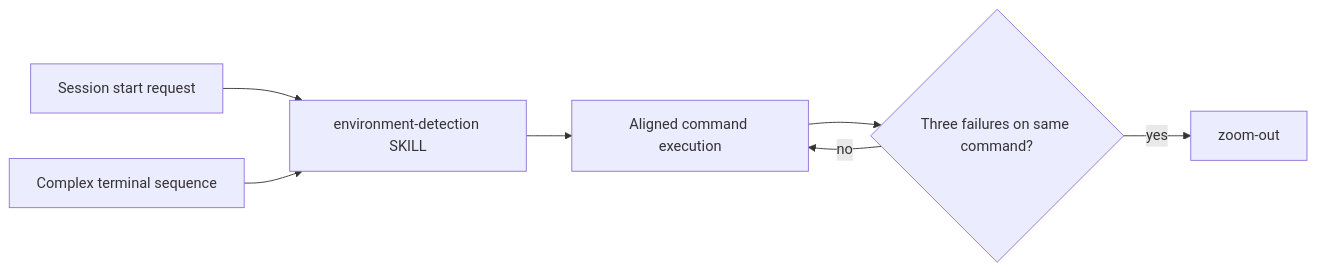
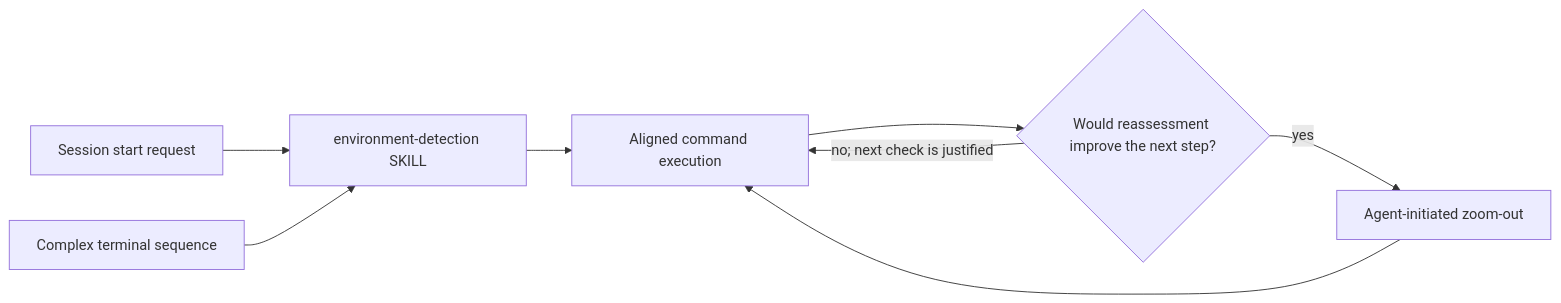
One commit to dyphn1/Harness-everything changed the third of 4 diagrams in docs/workflows/environment-detection.md. Above: the diagram before and after it, drawn with Mermaid. The commit also changed other lines of this file and 17 other files, not shown here.

First line of the commit message:
docs(zoom-out): describe agent-initiated zoom-out in active docs

````diff
--- a/docs/workflows/environment-detection.md
+++ b/docs/workflows/environment-detection.md
@@ -40,9 +41,10 @@
 ```mermaid
 graph LR
   StartTrigger[Session start request] --> EnvDetect[environment-detection SKILL]
   ComplexSeq[Complex terminal sequence] --> EnvDetect
   EnvDetect --> AlignedRun[Aligned command execution]
-  AlignedRun --> RepeatedFail{Three failures on same command?}
-  RepeatedFail -->|yes| ZoomOut[zoom-out]
-  RepeatedFail -->|no| AlignedRun
+  AlignedRun --> Evidence{Would reassessment improve the next step?}
+  Evidence -->|yes| ZoomOut[Agent-initiated zoom-out]
+  Evidence -->|no; next check is justified| AlignedRun
+  ZoomOut --> AlignedRun
 ```
````
